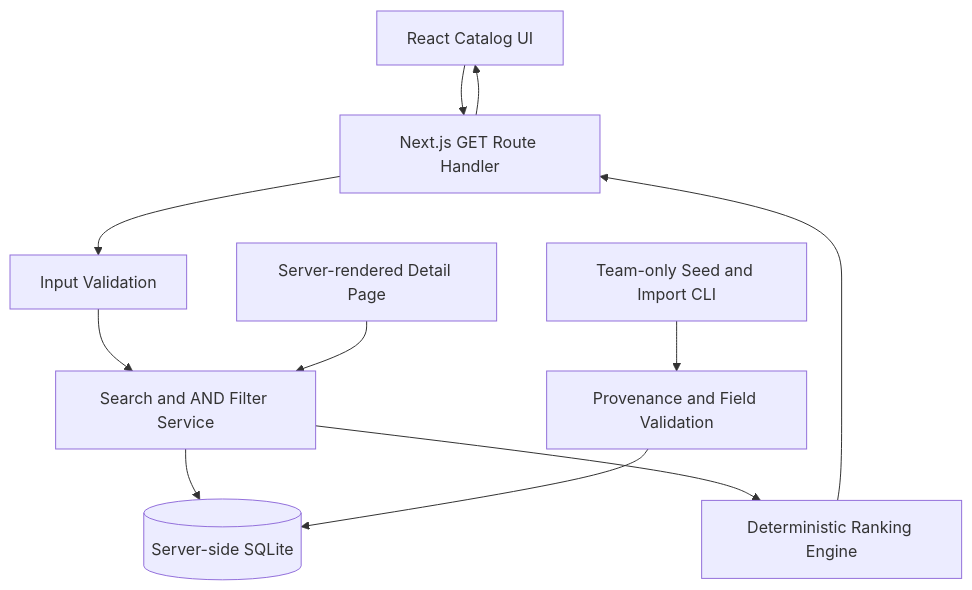
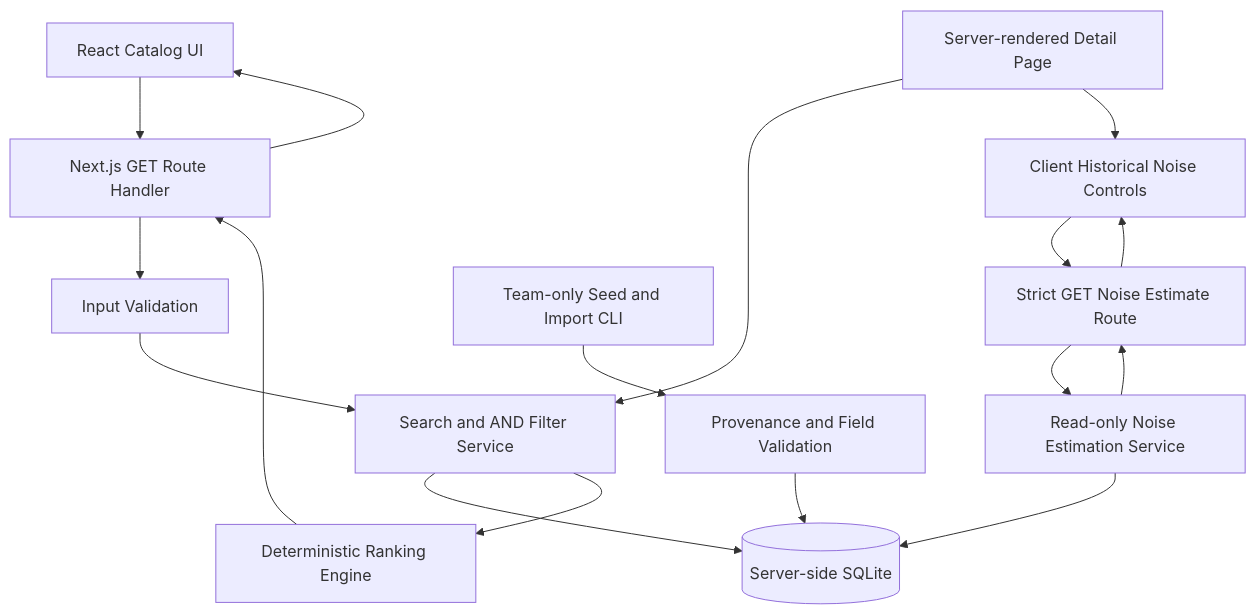
The first of 2 diagrams in docs/ARCHITECTURE.md (cedricwangyu/quite_cue), drawn with Mermaid before and after one commit. The commit also changed other lines of this file and 30 other files, not shown here.

````diff
--- a/docs/ARCHITECTURE.md
+++ b/docs/ARCHITECTURE.md
@@ -9,13 +11,19 @@
 ```mermaid
 flowchart TD
   Browser[React Catalog UI] --> Route[Next.js GET Route Handler]
   Route --> Input[Input Validation]
   Input --> Catalog[Search and AND Filter Service]
   Catalog --> SQLite[(Server-side SQLite)]
   Catalog --> Ranker[Deterministic Ranking Engine]
   Ranker --> Route
   Route --> Browser
   Detail[Server-rendered Detail Page] --> Catalog
+  Detail --> History[Client Historical Noise Controls]
+  History --> NoiseRoute[Strict GET Noise Estimate Route]
+  NoiseRoute --> Estimator[Read-only Noise Estimation Service]
+  Estimator --> SQLite
+  Estimator --> NoiseRoute
+  NoiseRoute --> History
   CLI[Team-only Seed and Import CLI] --> Validation[Provenance and Field Validation]
   Validation --> SQLite
 ```
````
